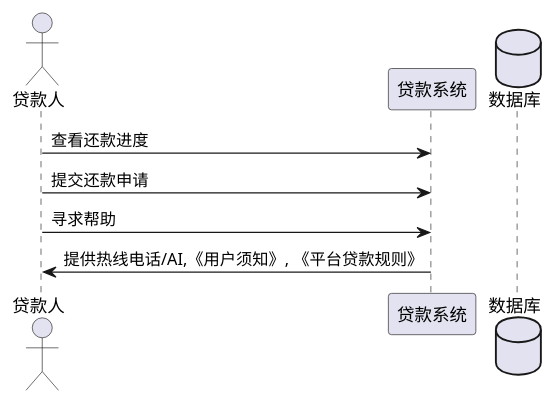
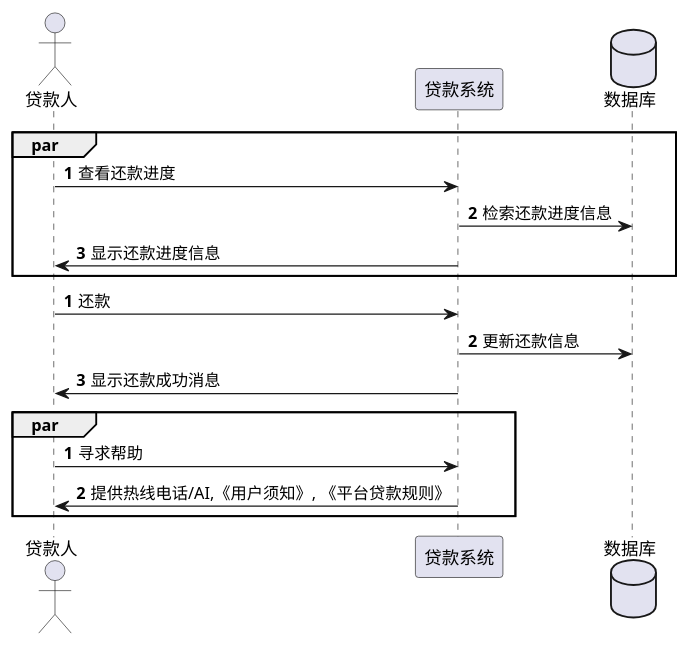
One commit to sam5053/Integrated-Design changed the diagram in 贷中.pu. Above: the diagram before and after it, drawn with PlantUML. The commit also changed 2 other files, not shown here.

Commit message:
修改了plantuml文件

```diff
--- a/贷中.pu
+++ b/贷中.pu
@@ -3,12 +3,23 @@
 @startuml
 
 actor 贷款人 as user
 participant "贷款系统" as system
 database "数据库" as database
 
-user -> system:  查看还款进度
-user -> system:  提交还款申请
-user -> system:  寻求帮助
-system -> user:  提供热线电话/AI,《用户须知》, 《平台贷款规则》
+par
+    autonumber
+    user -> system:  查看还款进度
+    system -> database: 检索还款进度信息
+    system -> user:  显示还款进度信息
+end
+autonumber
+user -> system:  还款
+system -> database:  更新还款信息
+system -> user:  显示还款成功消息
+par
+    autonumber
+    user -> system:  寻求帮助
+    system -> user:  提供热线电话/AI,《用户须知》, 《平台贷款规则》
+end
 
 @enduml
```
